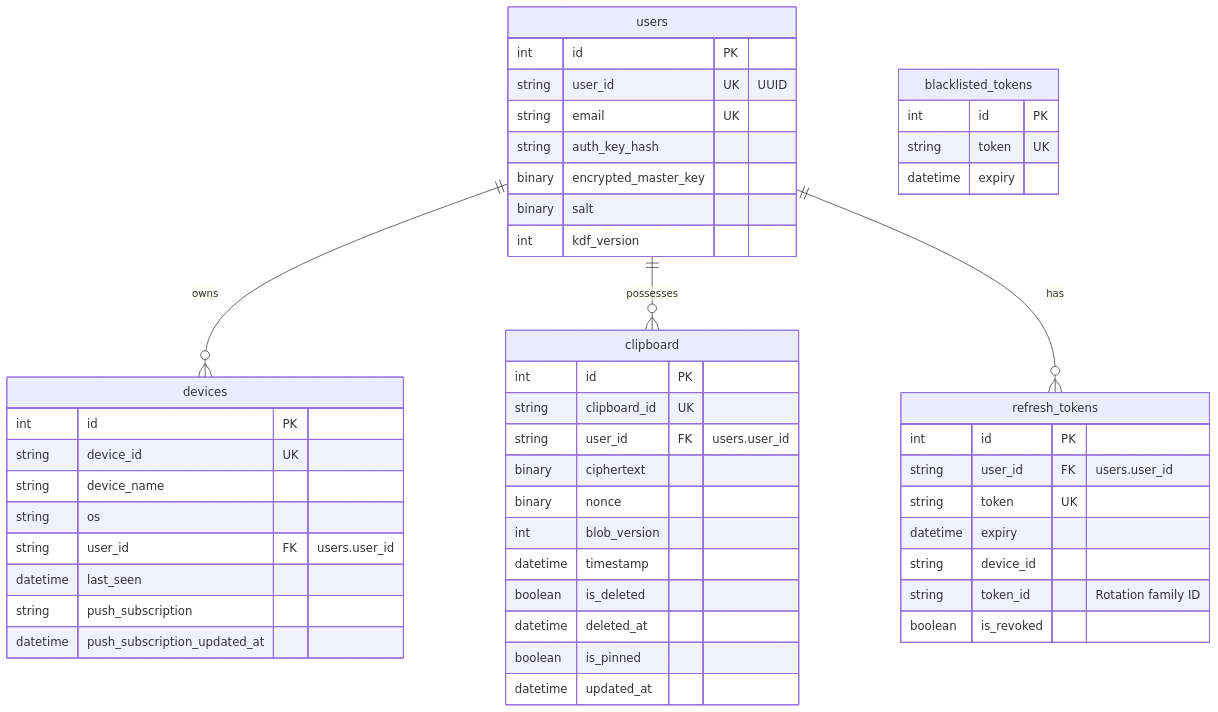
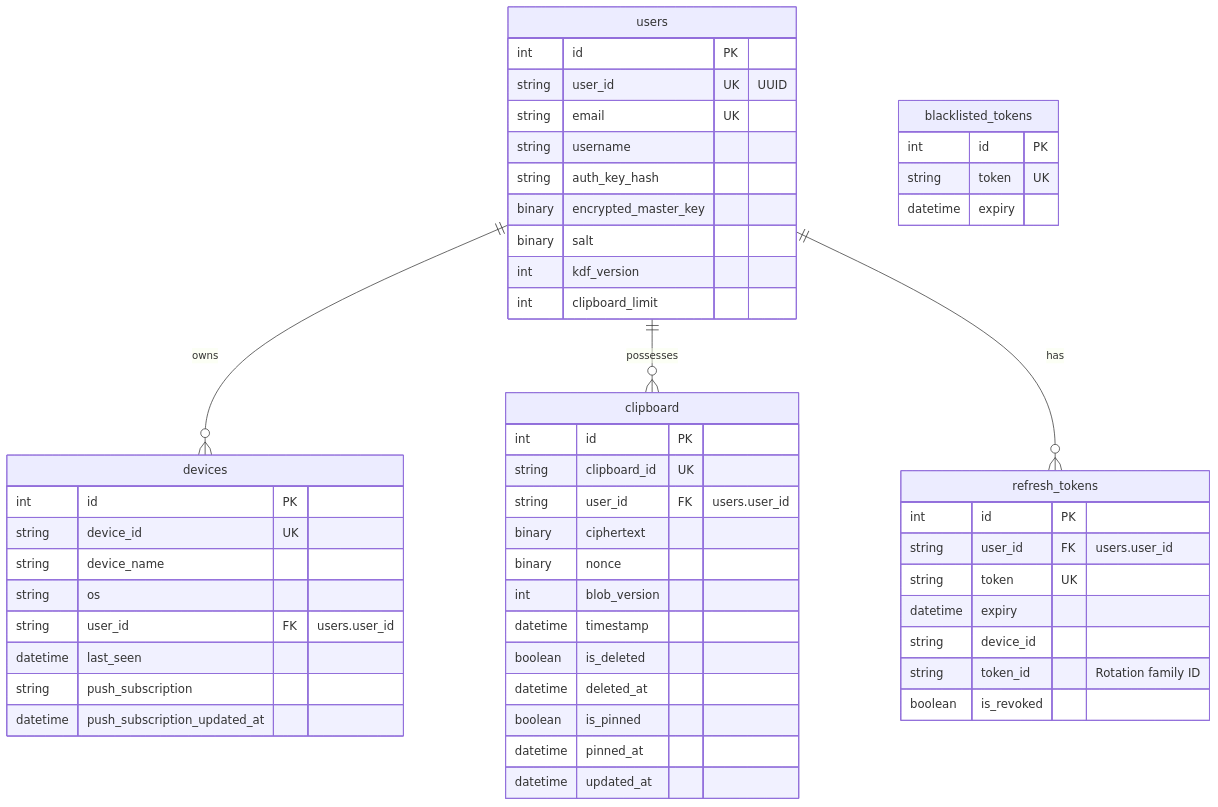
The third of 3 diagrams in ARCHITECTURE.md (zyr-ux/Synclo-Backend), drawn with Mermaid before and after one commit. The commit also changed other lines of this file and 3 other files, not shown here.

````diff
--- a/ARCHITECTURE.md
+++ b/ARCHITECTURE.md
@@ -775,53 +969,56 @@
 ```mermaid
 erDiagram
     users {
         int id PK
         string user_id UK "UUID"
         string email UK
+        string username
         string auth_key_hash
         binary encrypted_master_key
         binary salt
         int kdf_version
+        int clipboard_limit
     }
     devices {
         int id PK
         string device_id UK
         string device_name
         string os
         string user_id FK "users.user_id"
         datetime last_seen
         string push_subscription
         datetime push_subscription_updated_at
     }
     clipboard {
         int id PK
         string clipboard_id UK
         string user_id FK "users.user_id"
         binary ciphertext
         binary nonce
         int blob_version
         datetime timestamp
         boolean is_deleted
         datetime deleted_at
         boolean is_pinned
+        datetime pinned_at
         datetime updated_at
     }
     refresh_tokens {
         int id PK
         string user_id FK "users.user_id"
         string token UK
         datetime expiry
         string device_id
         string token_id "Rotation family ID"
         boolean is_revoked
     }
     blacklisted_tokens {
         int id PK
         string token UK
         datetime expiry
     }
 
     users ||--o{ devices : owns
     users ||--o{ clipboard : possesses
     users ||--o{ refresh_tokens : has
 ```
````
